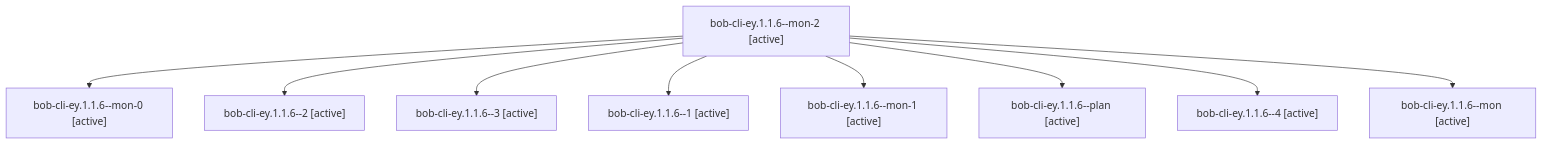
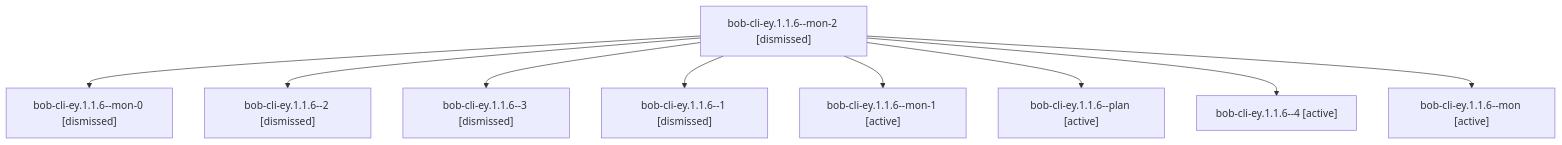
The diagram in sessions/bbugyi200.apollo.bob-cli-ey.1.1.6.md (bobs-org/bob-cli--agents), drawn with Mermaid before and after one commit. The commit also changed other lines of this file and 310 other files, not shown here.

````diff
--- a/sessions/bbugyi200.apollo.bob-cli-ey.1.1.6.md
+++ b/sessions/bbugyi200.apollo.bob-cli-ey.1.1.6.md
@@ -9,20 +9,20 @@
 ```mermaid
 flowchart TD
-  n0["bob-cli-ey.1.1.6--mon-2 [active]"]
-  n1["bob-cli-ey.1.1.6--mon-0 [active]"]
+  n0["bob-cli-ey.1.1.6--mon-2 [dismissed]"]
+  n1["bob-cli-ey.1.1.6--mon-0 [dismissed]"]
   n0 --> n1
-  n2["bob-cli-ey.1.1.6--2 [active]"]
+  n2["bob-cli-ey.1.1.6--2 [dismissed]"]
   n0 --> n2
-  n3["bob-cli-ey.1.1.6--3 [active]"]
+  n3["bob-cli-ey.1.1.6--3 [dismissed]"]
   n0 --> n3
-  n4["bob-cli-ey.1.1.6--1 [active]"]
+  n4["bob-cli-ey.1.1.6--1 [dismissed]"]
   n0 --> n4
   n5["bob-cli-ey.1.1.6--mon-1 [active]"]
   n0 --> n5
   n6["bob-cli-ey.1.1.6--plan [active]"]
   n0 --> n6
   n7["bob-cli-ey.1.1.6--4 [active]"]
   n0 --> n7
   n8["bob-cli-ey.1.1.6--mon [active]"]
   n0 --> n8
 ```
````
